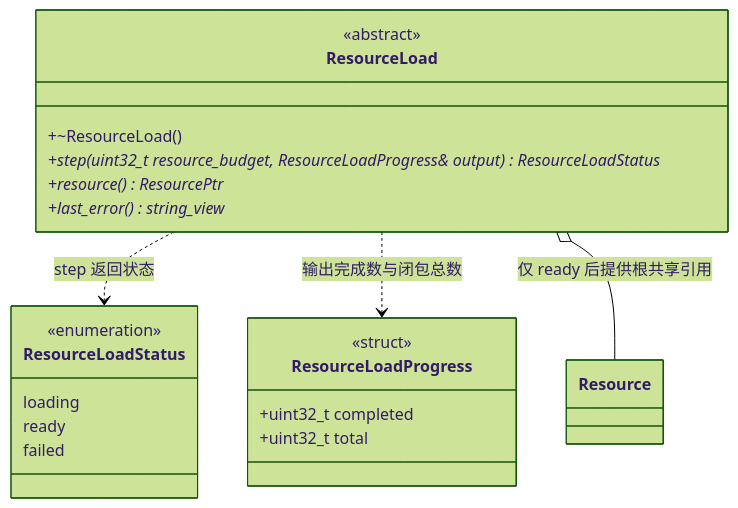
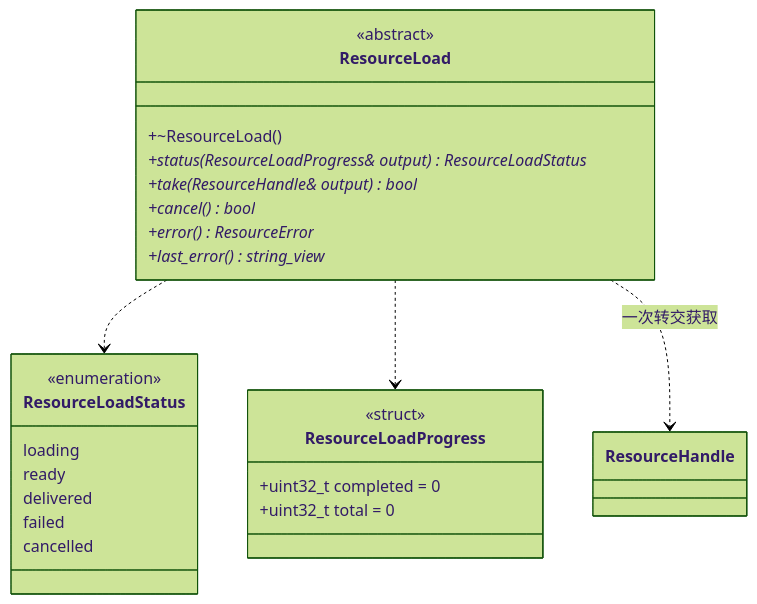
The third of 4 diagrams in docs/runtime/class-diagrams/resource-loader.md (lcals/Engine), drawn with Mermaid (forest theme) before and after one commit. The commit also changed other lines of this file and 391 other files, not shown here.

````diff
--- a/docs/runtime/class-diagrams/resource-loader.md
+++ b/docs/runtime/class-diagrams/resource-loader.md
@@ -38,26 +90,29 @@
 ```mermaid
 classDiagram
-    direction TB
     class ResourceLoad {
         <<abstract>>
         +~ResourceLoad()
-        +step(uint32_t resource_budget, ResourceLoadProgress& output) ResourceLoadStatus*
-        +resource() ResourcePtr*
+        +status(ResourceLoadProgress& output) ResourceLoadStatus*
+        +take(ResourceHandle& output) bool*
+        +cancel() bool*
+        +error() ResourceError*
         +last_error() string_view*
     }
     class ResourceLoadStatus {
         <<enumeration>>
         loading
         ready
+        delivered
         failed
+        cancelled
     }
     class ResourceLoadProgress {
         <<struct>>
-        +uint32_t completed
-        +uint32_t total
+        +uint32_t completed = 0
+        +uint32_t total = 0
     }
-    class Resource
-    ResourceLoad ..> ResourceLoadStatus : step 返回状态
-    ResourceLoad ..> ResourceLoadProgress : 输出完成数与闭包总数
-    ResourceLoad o-- Resource : 仅 ready 后提供根共享引用
+    class ResourceHandle
+    ResourceLoad ..> ResourceLoadStatus
+    ResourceLoad ..> ResourceLoadProgress
+    ResourceLoad ..> ResourceHandle : 一次转交获取
 ```
````
